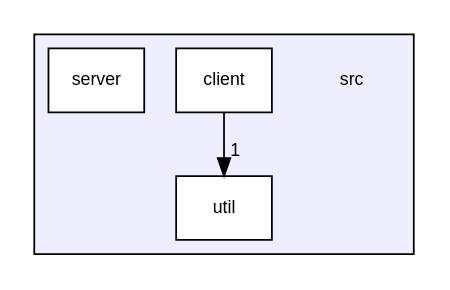
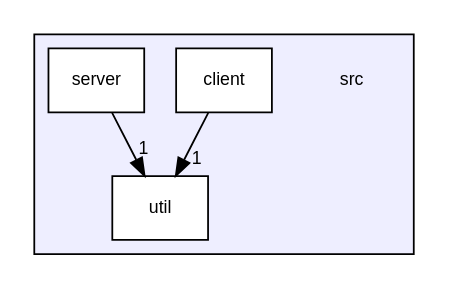
The diagram in dir_68267d1309a1af8e8297ef4c3efbcdba_dep.dot (ctrlMarcio/feup-sope-proj2), drawn with Graphviz before and after one commit. The commit also changed 53 other files, not shown here.

```diff
--- a/dir_68267d1309a1af8e8297ef4c3efbcdba_dep.dot
+++ b/dir_68267d1309a1af8e8297ef4c3efbcdba_dep.dot
@@ -1,13 +1,14 @@
 digraph "/home/runner/work/feup-sope-proj2/feup-sope-proj2/src" {
   compound=true
   node [ fontsize="10", fontname="Helvetica"];
   edge [ labelfontsize="10", labelfontname="Helvetica"];
   subgraph clusterdir_68267d1309a1af8e8297ef4c3efbcdba {
     graph [ bgcolor="#eeeeff", pencolor="black", label="" URL="dir_68267d1309a1af8e8297ef4c3efbcdba.html"];
     dir_68267d1309a1af8e8297ef4c3efbcdba [shape=plaintext label="src"];
     dir_6908ff505388a07996d238c763adbdab [shape=box label="client" color="black" fillcolor="white" style="filled" URL="dir_6908ff505388a07996d238c763adbdab.html"];
     dir_075bb3ff235063c77951cd176d15a741 [shape=box label="server" color="black" fillcolor="white" style="filled" URL="dir_075bb3ff235063c77951cd176d15a741.html"];
     dir_b7878ad5ecbf2506f4125b9d34c97e45 [shape=box label="util" color="black" fillcolor="white" style="filled" URL="dir_b7878ad5ecbf2506f4125b9d34c97e45.html"];
   }
+  dir_075bb3ff235063c77951cd176d15a741->dir_b7878ad5ecbf2506f4125b9d34c97e45 [headlabel="1", labeldistance=1.5 headhref="dir_000002_000003.html"];
   dir_6908ff505388a07996d238c763adbdab->dir_b7878ad5ecbf2506f4125b9d34c97e45 [headlabel="1", labeldistance=1.5 headhref="dir_000001_000003.html"];
 }
```
